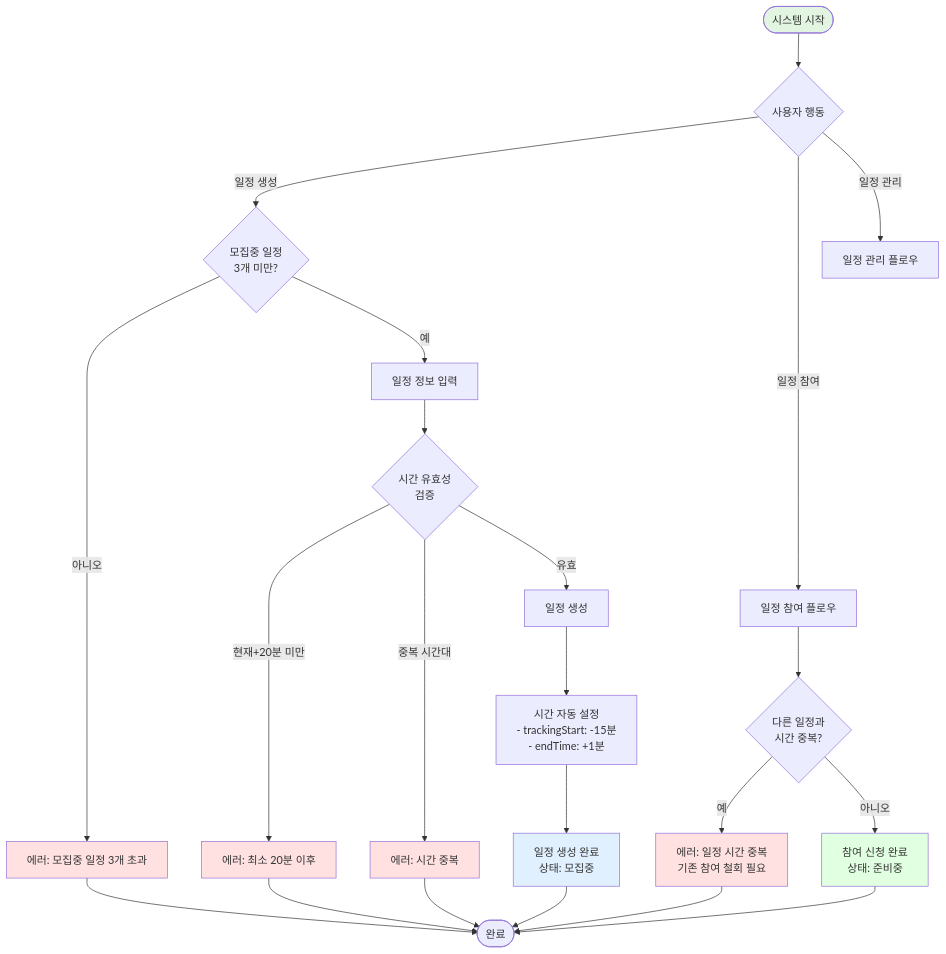
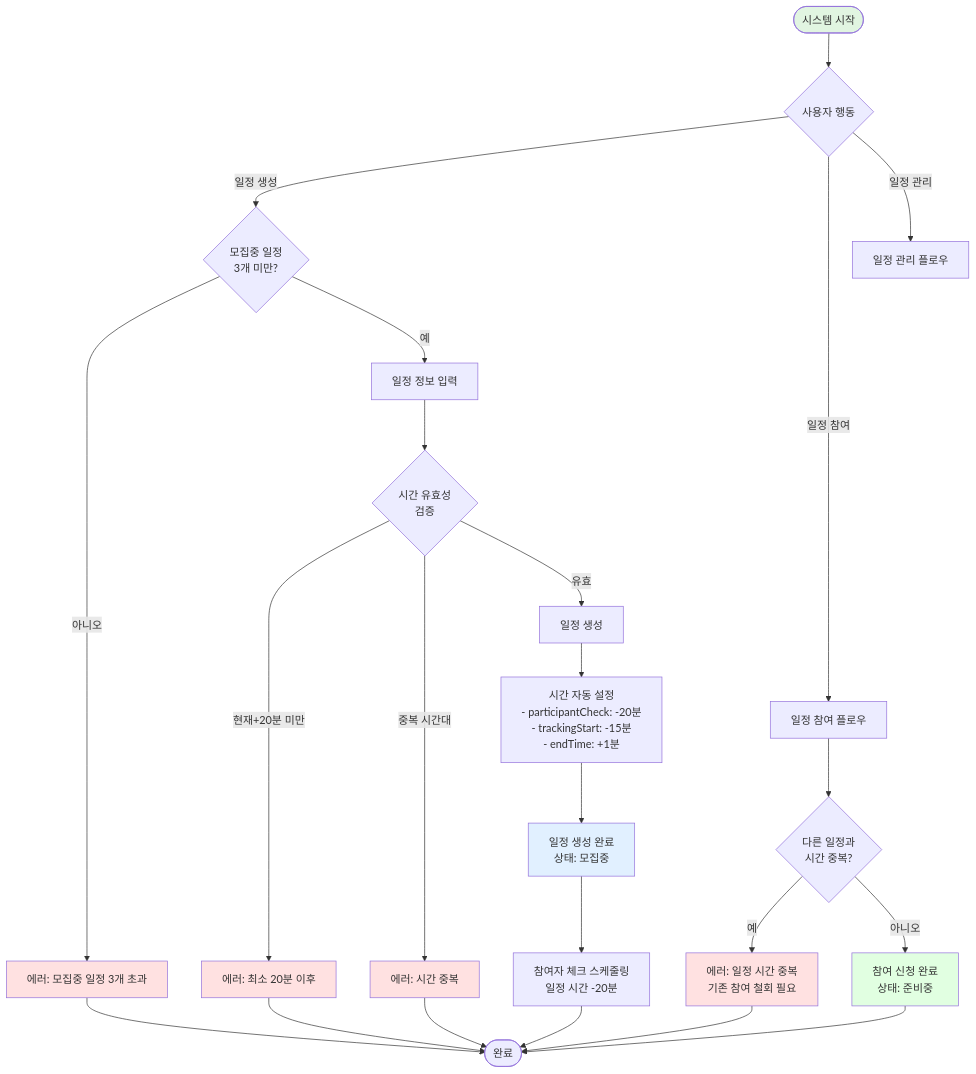
Before and after one commit to Jinhjlog/rdv-backend-v2: the first of 6 diagrams in docs/requirements/EVENT_FLOW.md, drawn with Mermaid. The commit also changed other lines of this file and 1 other file, not shown here.

First line of the commit message:
📝 docs: 이벤트 - 참여자 체크 기능 요구사항 문서 업데이트

````diff
--- a/docs/requirements/EVENT_FLOW.md
+++ b/docs/requirements/EVENT_FLOW.md
@@ -92,39 +93,40 @@
 ```mermaid
 flowchart TD
     Start([시스템 시작]) --> UserAction{사용자 행동}
 
     UserAction -->|일정 생성| CheckRecruiting{모집중 일정<br/>3개 미만?}
     UserAction -->|일정 참여| JoinEvent[일정 참여 플로우]
     UserAction -->|일정 관리| ManageEvent[일정 관리 플로우]
 
     CheckRecruiting -->|아니오| ErrorMax[에러: 모집중 일정 3개 초과]
     CheckRecruiting -->|예| InputData[일정 정보 입력]
 
     InputData --> ValidateTime{시간 유효성<br/>검증}
     ValidateTime -->|현재+20분 미만| ErrorTime[에러: 최소 20분 이후]
     ValidateTime -->|중복 시간대| ErrorDuplicate[에러: 시간 중복]
     ValidateTime -->|유효| CreateEvent[일정 생성]
 
-    CreateEvent --> SetTimes[시간 자동 설정<br/>- trackingStart: -15분<br/>- endTime: +1분]
+    CreateEvent --> SetTimes[시간 자동 설정<br/>- participantCheck: -20분<br/>- trackingStart: -15분<br/>- endTime: +1분]
     SetTimes --> EventCreated[일정 생성 완료<br/>상태: 모집중]
-    EventCreated --> End([완료])
+    EventCreated --> ScheduleCheck[참여자 체크 스케줄링<br/>일정 시간 -20분]
+    ScheduleCheck --> End([완료])
 
     ErrorMax --> End
     ErrorTime --> End
     ErrorDuplicate --> End
 
     JoinEvent --> CheckConflict{다른 일정과<br/>시간 중복?}
     CheckConflict -->|예| ErrorConflict[에러: 일정 시간 중복<br/>기존 참여 철회 필요]
     CheckConflict -->|아니오| JoinSuccess[참여 신청 완료<br/>상태: 준비중]
     JoinSuccess --> End
 
     ErrorConflict --> End
 
     style Start fill:#e1f5e1
     style EventCreated fill:#e1f0ff
     style JoinSuccess fill:#e1ffe1
     style ErrorMax fill:#ffe1e1
     style ErrorTime fill:#ffe1e1
     style ErrorDuplicate fill:#ffe1e1
     style ErrorConflict fill:#ffe1e1
 ```
````
